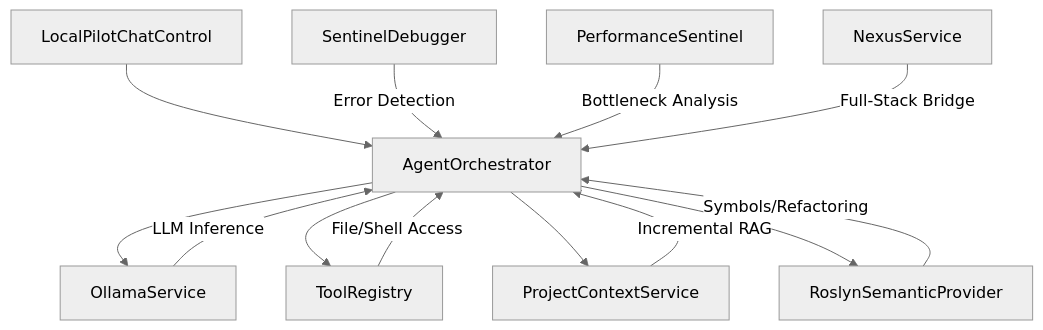
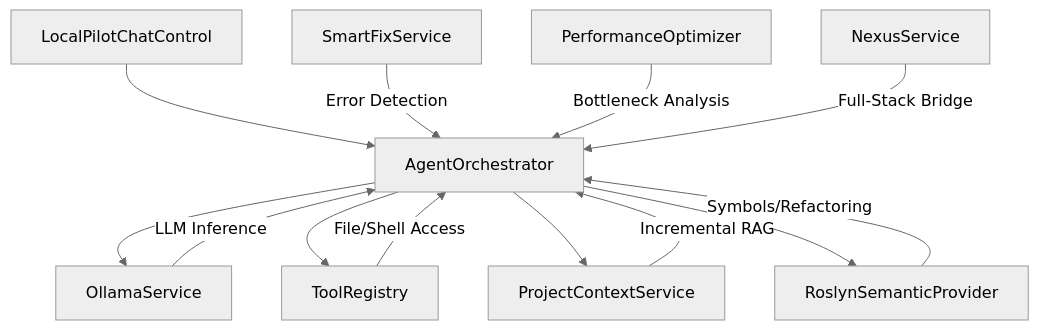
The diagram in knowledge_graph.md (FutureStackSolution/LocalPilot), drawn with Mermaid (neutral theme) before and after one commit. The commit also changed other lines of this file and 1 other file, not shown here.

Commit message:
Release notes updated

````diff
--- a/knowledge_graph.md
+++ b/knowledge_graph.md
@@ -9,18 +9,18 @@
 ```mermaid
 graph TD
     UI[LocalPilotChatControl] --> AM[AgentOrchestrator]
     AM --> OS[OllamaService]
     AM --> TR[ToolRegistry]
     AM --> PC[ProjectContextService]
     AM --> RS[RoslynSemanticProvider]
     
     PC -- Incremental RAG --> AM
     RS -- Symbols/Refactoring --> AM
     TR -- File/Shell Access --> AM
     OS -- LLM Inference --> AM
     
-    SENT[SentinelDebugger] -- Error Detection --> AM
-    PERF[PerformanceSentinel] -- Bottleneck Analysis --> AM
+    SFIX[SmartFixService] -- Error Detection --> AM
+    PERF[PerformanceOptimizer] -- Bottleneck Analysis --> AM
     
     NEXUS[NexusService] -- Full-Stack Bridge --> AM
 ```
````
